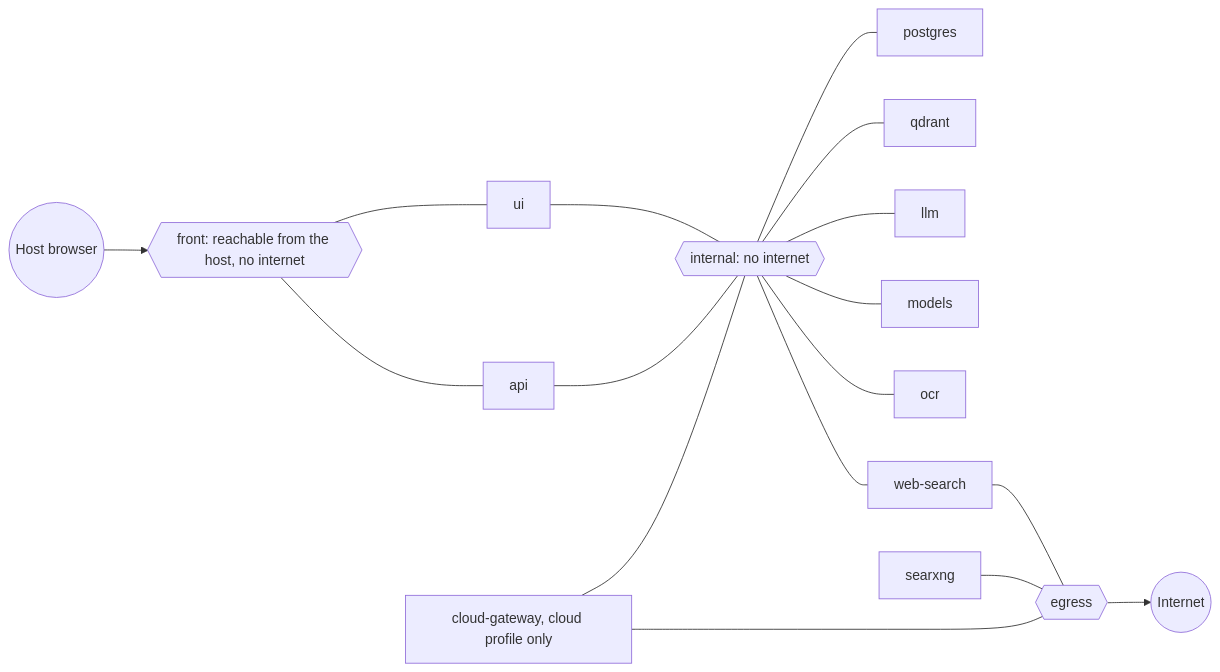
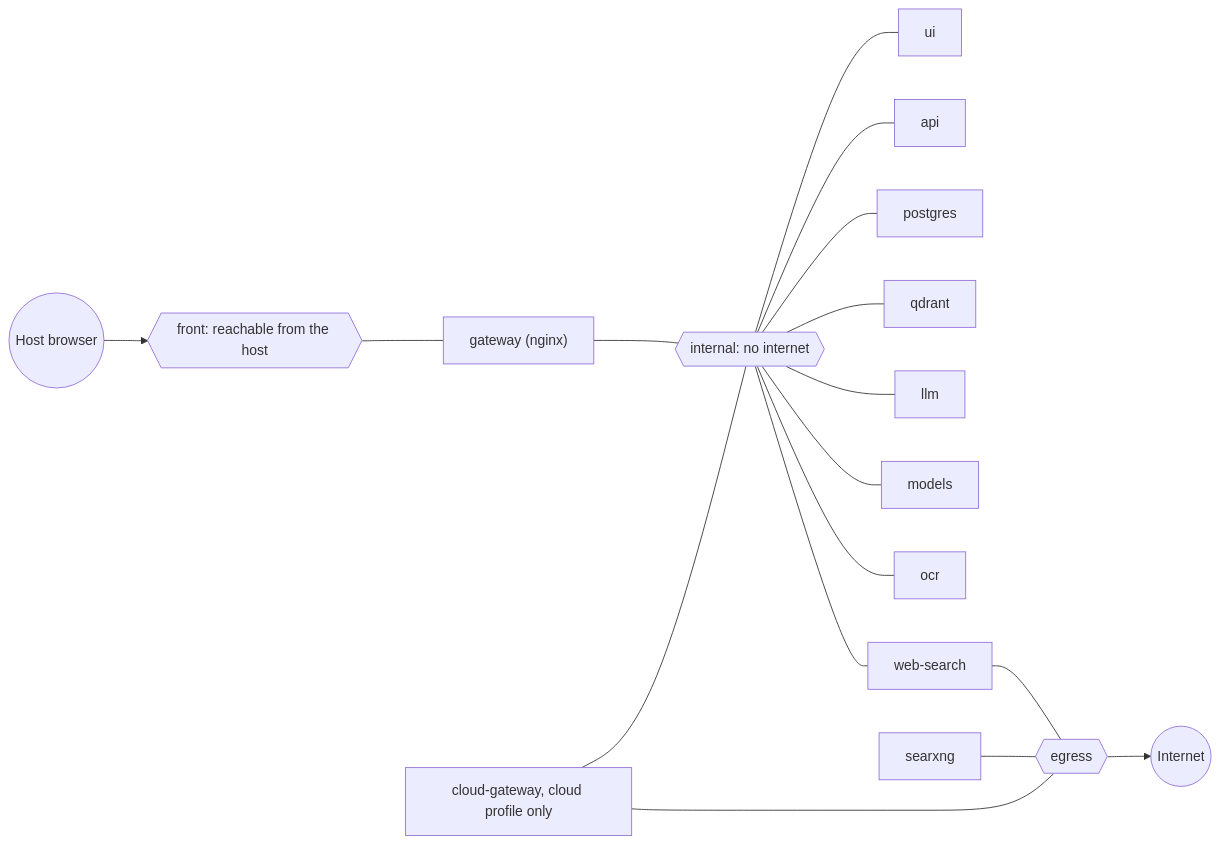
The fourth of 10 diagrams in docs/architecture.md (wahib-elbessali/moroccan-regulatory-assistant), drawn with Mermaid before and after one commit. The commit also changed other lines of this file and 1 other file, not shown here.

First paragraph of the commit message:
docs(p6): put api and ui behind an nginx gateway on the front network (#38)
## What this PR does

````diff
--- a/docs/architecture.md
+++ b/docs/architecture.md
@@ -159,15 +160,15 @@
 ```mermaid
 flowchart LR
-    HOST(("Host browser")) --> FRONT{{"front: reachable from the host, no internet"}}
-    FRONT --- UI["ui"]
-    FRONT --- API["api"]
-    UI --- INT{{"internal: no internet"}}
-    API --- INT
+    HOST(("Host browser")) --> FRONT{{"front: reachable from the host"}}
+    FRONT --- GW["gateway (nginx)"]
+    GW --- INT{{"internal: no internet"}}
+    INT --- UI["ui"]
+    INT --- API["api"]
     INT --- PG["postgres"] & QD["qdrant"] & LLM["llm"] & MOD["models"] & OCR["ocr"]
     INT --- WS["web-search"]
     WS --- EG{{"egress"}}
     SX["searxng"] --- EG
     CG["cloud-gateway, cloud profile only"] --- EG
     CG --- INT
     EG --> NET(("Internet"))
 ```
````
